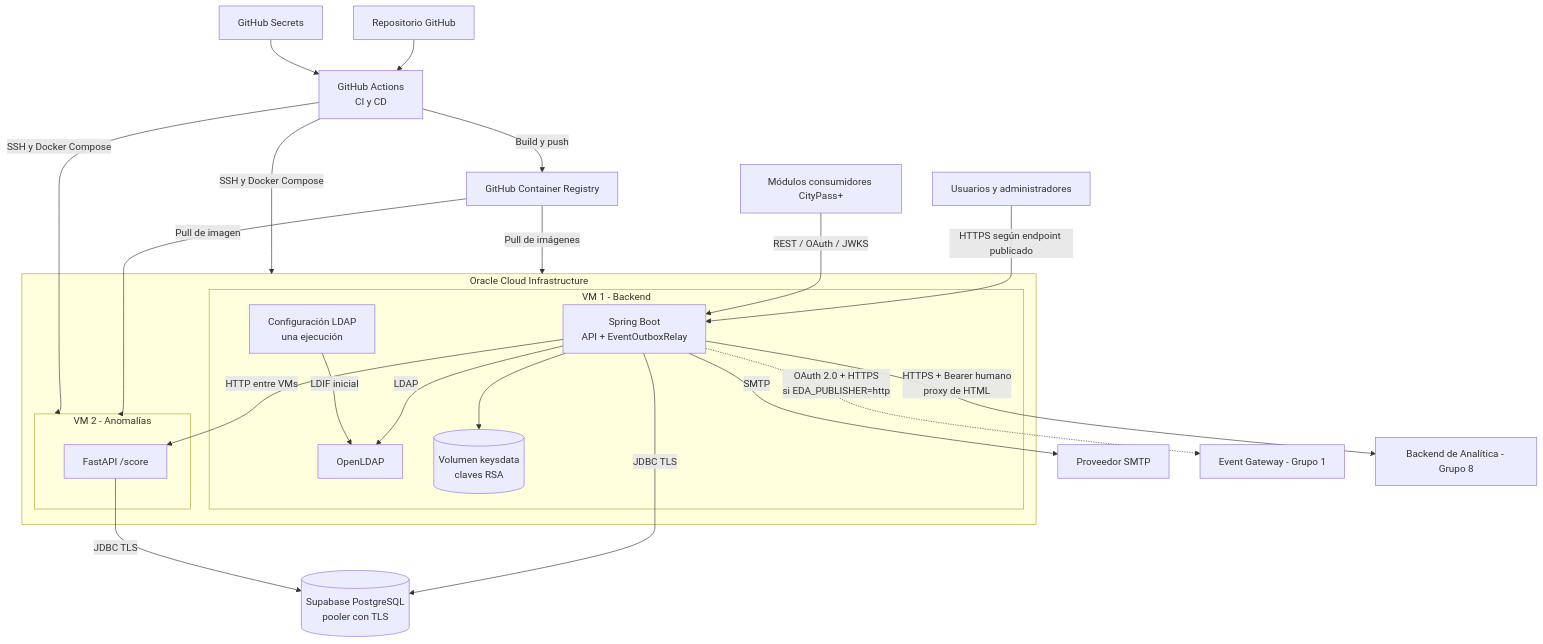
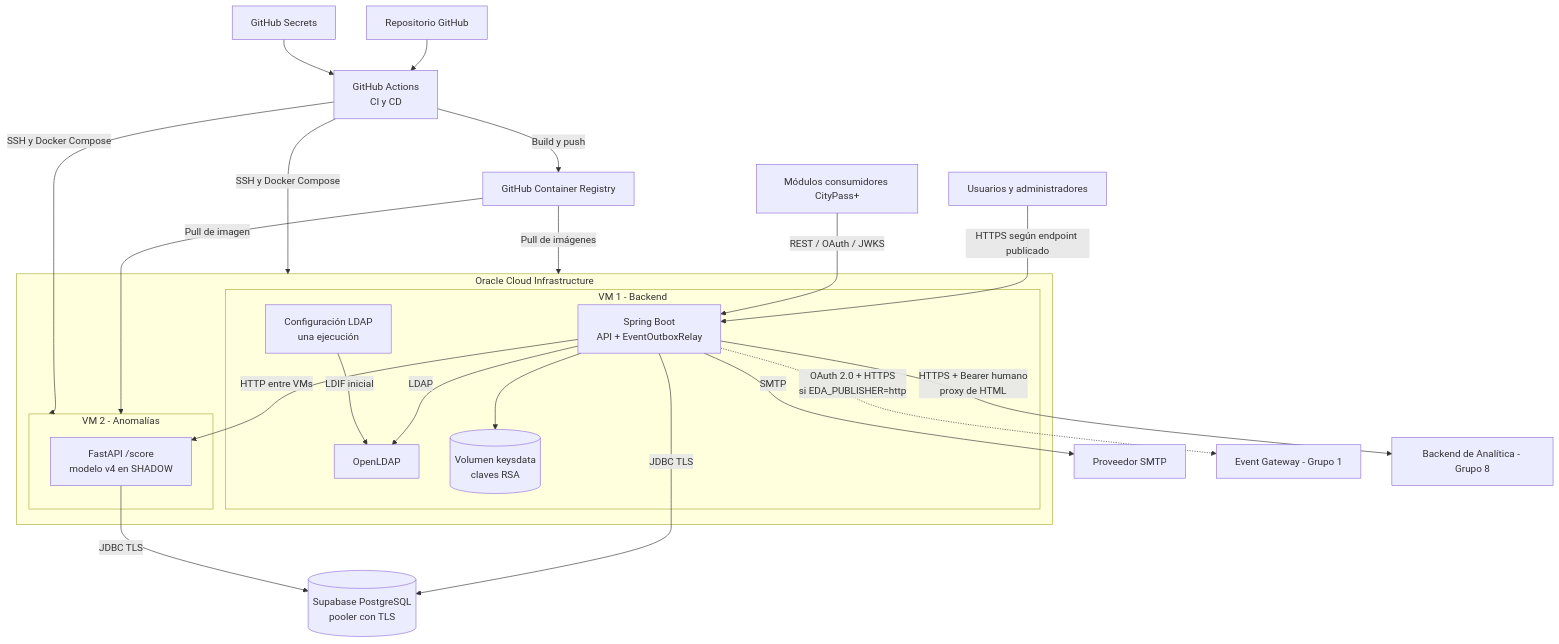
The diagram in login-federado/docs/diagrams/13-cloud-deployment-prod.md (CityPass-Login-Federado/CityPass_Login_Backend), drawn with Mermaid before and after one commit. The commit also changed other lines of this file and 17 other files, not shown here.

Commit message:
Actualización de Documentación Técnica y Diagramas UML Finales

````diff
--- a/login-federado/docs/diagrams/13-cloud-deployment-prod.md
+++ b/login-federado/docs/diagrams/13-cloud-deployment-prod.md
@@ -6,46 +6,46 @@
 ```mermaid
 flowchart TB
     USER[Usuarios y administradores]
     MODULES[Módulos consumidores CityPass+]
     REPO[Repositorio GitHub]
     ACTIONS[GitHub Actions<br/>CI y CD]
     GHCR[GitHub Container Registry]
     SECRETS[GitHub Secrets]
 
     subgraph OCI[Oracle Cloud Infrastructure]
         subgraph VM1[VM 1 - Backend]
             APP[Spring Boot<br/>API + EventOutboxRelay]
             LDAP[OpenLDAP]
             INIT[Configuración LDAP<br/>una ejecución]
             KEYS[(Volumen keysdata<br/>claves RSA)]
         end
         subgraph VM2[VM 2 - Anomalías]
-            ANOM[FastAPI /score]
+            ANOM[FastAPI /score<br/>modelo v4 en SHADOW]
         end
     end
 
     SUPA[(Supabase PostgreSQL<br/>pooler con TLS)]
     SMTP[Proveedor SMTP]
     EDA[Event Gateway - Grupo 1]
     ANALYTICS[Backend de Analítica - Grupo 8]
 
     USER -->|HTTPS según endpoint publicado| APP
     MODULES -->|REST / OAuth / JWKS| APP
     APP -->|LDAP| LDAP
     INIT -->|LDIF inicial| LDAP
     APP --> KEYS
     APP -->|JDBC TLS| SUPA
     ANOM -->|JDBC TLS| SUPA
     APP -->|HTTP entre VMs| ANOM
     APP -->|SMTP| SMTP
     APP -.->|OAuth 2.0 + HTTPS<br/>si EDA_PUBLISHER=http| EDA
     APP -->|HTTPS + Bearer humano<br/>proxy de HTML| ANALYTICS
 
     REPO --> ACTIONS
     SECRETS --> ACTIONS
     ACTIONS -->|Build y push| GHCR
     GHCR -->|Pull de imágenes| VM1
     GHCR -->|Pull de imagen| VM2
     ACTIONS -->|SSH y Docker Compose| VM1
     ACTIONS -->|SSH y Docker Compose| VM2
 ```
````
